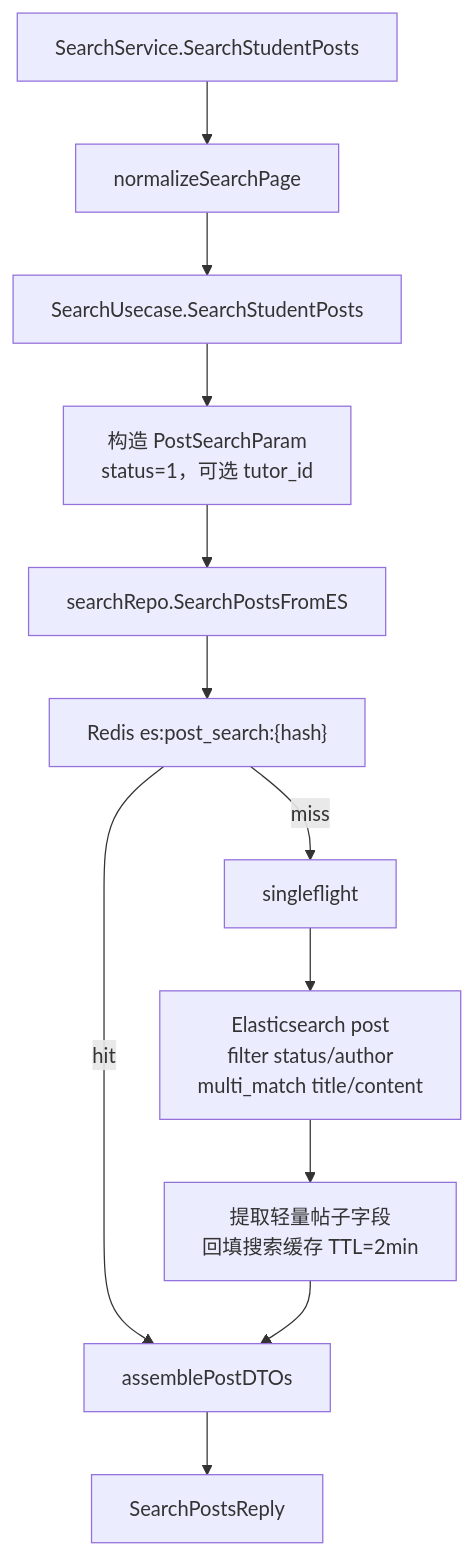
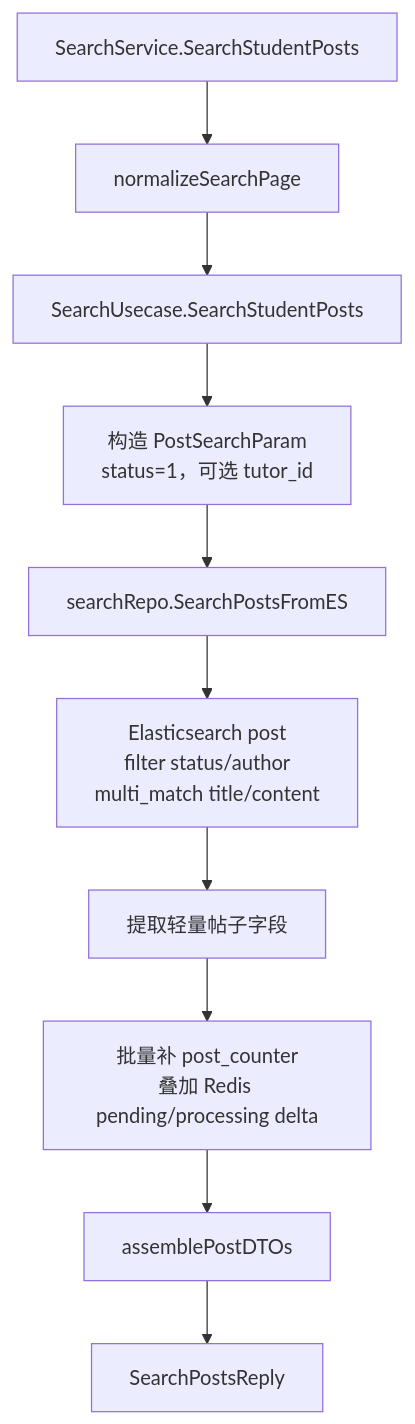
One commit to weiyi-ch/Comment-Project changed the third of 29 diagrams in comment-service/docs/data-flow-tracing-report.md. Above: the diagram before and after it, drawn with Mermaid. The commit also changed other lines of this file and 27 other files, not shown here.

````diff
--- a/comment-service/docs/data-flow-tracing-report.md
+++ b/comment-service/docs/data-flow-tracing-report.md
@@ -167,14 +167,12 @@
 ```mermaid
 flowchart TD
     A["SearchService.SearchStudentPosts"] --> B["normalizeSearchPage"]
     B --> C["SearchUsecase.SearchStudentPosts"]
     C --> D["构造 PostSearchParam\nstatus=1，可选 tutor_id"]
     D --> E["searchRepo.SearchPostsFromES"]
-    E --> F["Redis es:post_search:{hash}"]
-    F -->|hit| J["assemblePostDTOs"]
-    F -->|miss| G["singleflight"]
-    G --> H["Elasticsearch post\nfilter status/author\nmulti_match title/content"]
-    H --> I["提取轻量帖子字段\n回填搜索缓存 TTL=2min"]
-    I --> J
+    E --> H["Elasticsearch post\nfilter status/author\nmulti_match title/content"]
+    H --> I["提取轻量帖子字段"]
+    I --> L["批量补 post_counter\n叠加 Redis pending/processing delta"]
+    L --> J["assemblePostDTOs"]
     J --> K["SearchPostsReply"]
 ```
````
